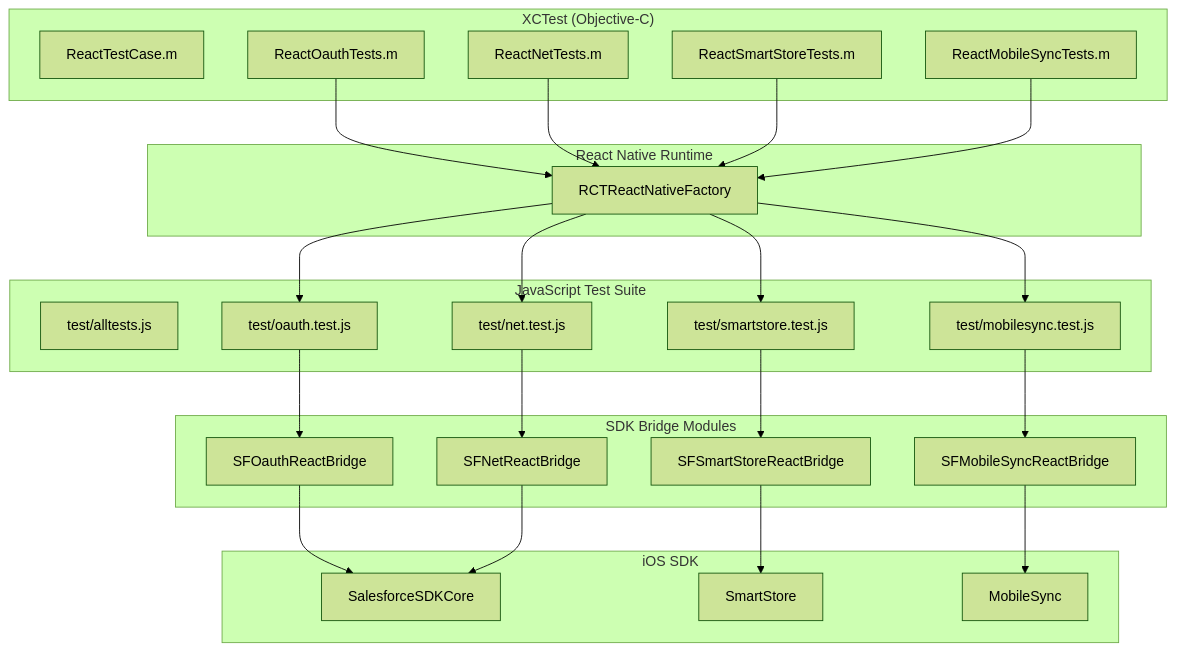
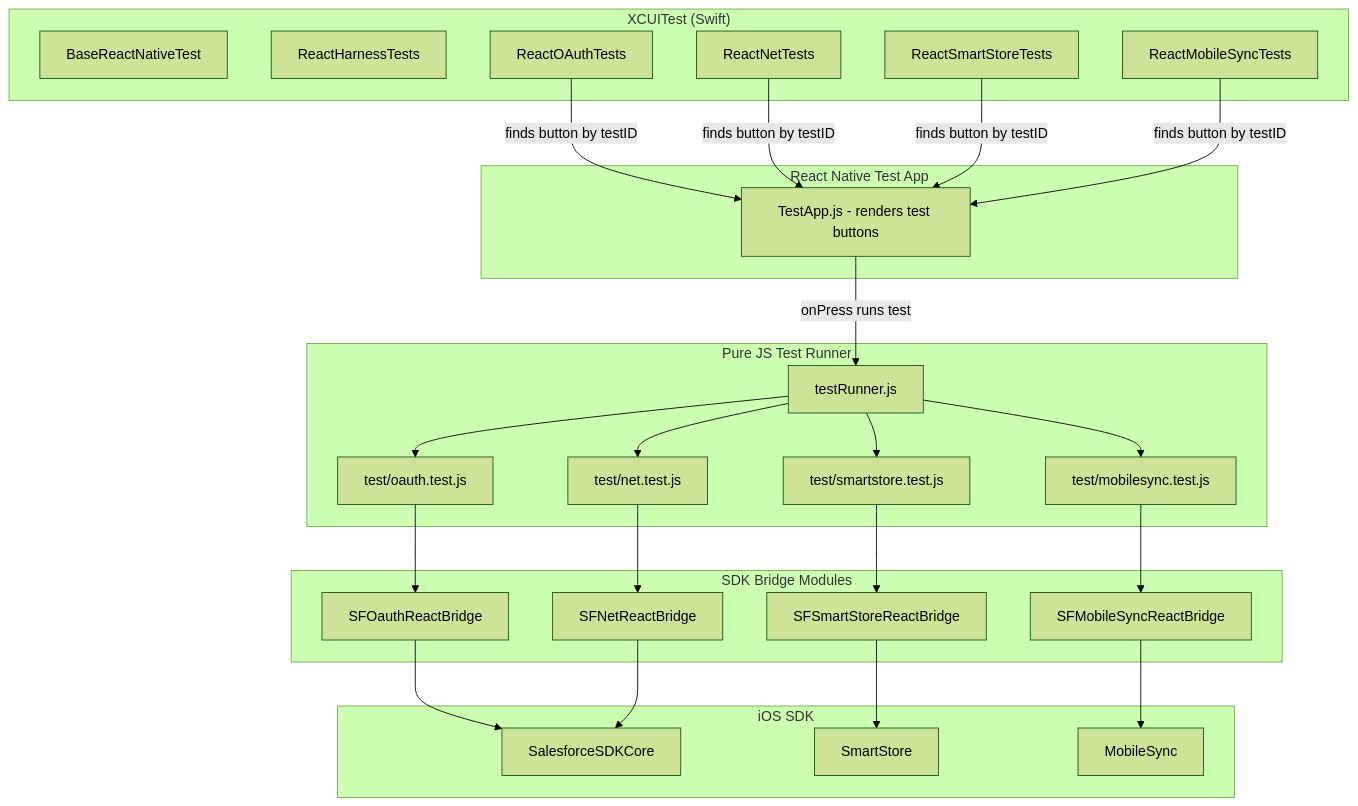
One commit to forcedotcom/SalesforceMobileSDK-ReactNative changed the first of 2 diagrams in docs/ios-tests/README.md. Above: the diagram before and after it, drawn with Mermaid (forest theme). The commit also changed other lines of this file and 2 other files, not shown here.

First line of the commit message:
Update documentation to reflect UI-driven test infrastructure

````diff
--- a/docs/ios-tests/README.md
+++ b/docs/ios-tests/README.md
@@ -28,55 +38,57 @@
 ```mermaid
 graph TB
-    subgraph "XCTest (Objective-C)"
-        A[ReactTestCase.m]
-        B[ReactOauthTests.m]
-        C[ReactNetTests.m]
-        D[ReactSmartStoreTests.m]
-        E[ReactMobileSyncTests.m]
+    subgraph "XCUITest (Swift)"
+        A[BaseReactNativeTest]
+        B[ReactHarnessTests]
+        C[ReactOAuthTests]
+        D[ReactNetTests]
+        E[ReactSmartStoreTests]
+        F[ReactMobileSyncTests]
     end
     
-    subgraph "React Native Runtime"
-        F[RCTReactNativeFactory]
+    subgraph "React Native Test App"
+        G[TestApp.js - renders test buttons]
     end
     
-    subgraph "JavaScript Test Suite"
-        G[test/alltests.js]
-        H[test/oauth.test.js]
-        I[test/net.test.js]
-        J[test/smartstore.test.js]
-        K[test/mobilesync.test.js]
+    subgraph "Pure JS Test Runner"
+        H[testRunner.js]
+        I[test/oauth.test.js]
+        J[test/net.test.js]
+        K[test/smartstore.test.js]
+        L[test/mobilesync.test.js]
     end
     
     subgraph "SDK Bridge Modules"
-        L[SFOauthReactBridge]
-        M[SFNetReactBridge]
-        N[SFSmartStoreReactBridge]
-        O[SFMobileSyncReactBridge]
+        M[SFOauthReactBridge]
+        N[SFNetReactBridge]
+        O[SFSmartStoreReactBridge]
+        P[SFMobileSyncReactBridge]
     end
     
     subgraph "iOS SDK"
-        P[SalesforceSDKCore]
-        Q[SmartStore]
-        R[MobileSync]
+        Q[SalesforceSDKCore]
+        R[SmartStore]
+        S[MobileSync]
     end
     
-    B --> F
-    C --> F
-    D --> F
-    E --> F
+    C -->|finds button by testID| G
+    D -->|finds button by testID| G
+    E -->|finds button by testID| G
+    F -->|finds button by testID| G
     
-    F --> H
-    F --> I
-    F --> J
-    F --> K
+    G -->|onPress runs test| H
+    H --> I
+    H --> J
+    H --> K
+    H --> L
     
-    H --> L
     I --> M
     J --> N
     K --> O
+    L --> P
     
-    L --> P
-    M --> P
+    M --> Q
     N --> Q
     O --> R
+    P --> S
 ```
````
